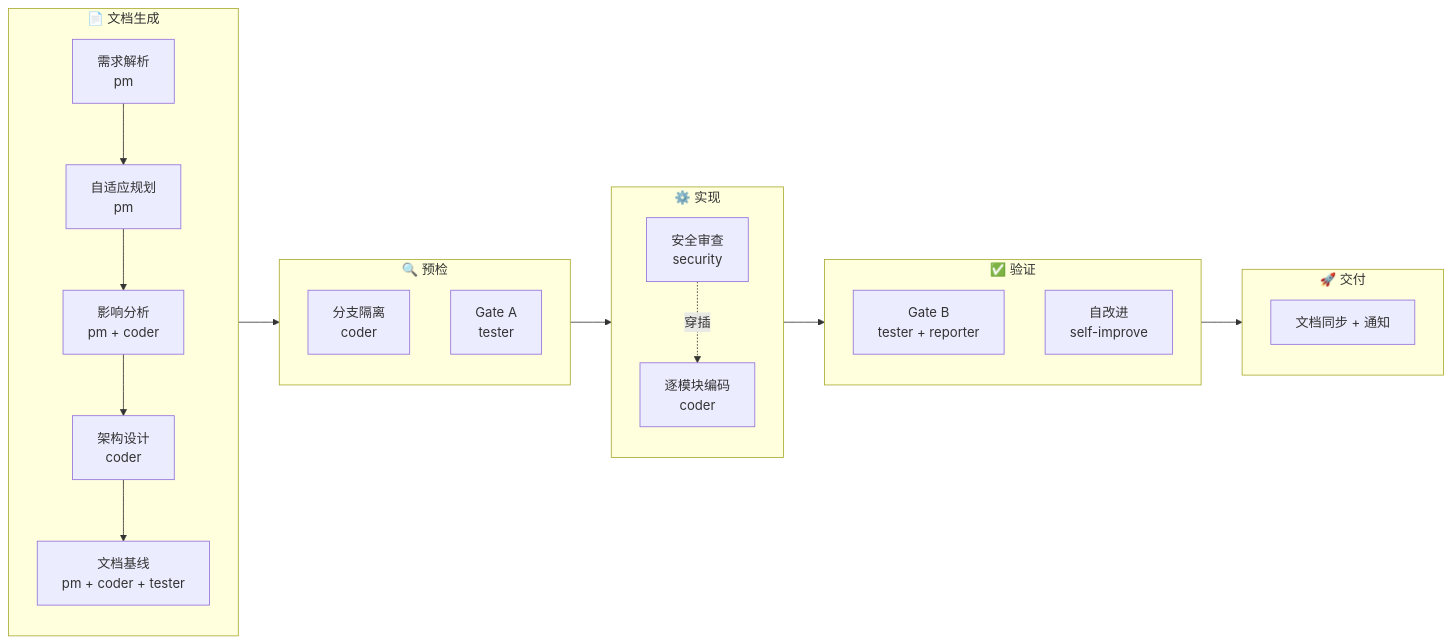
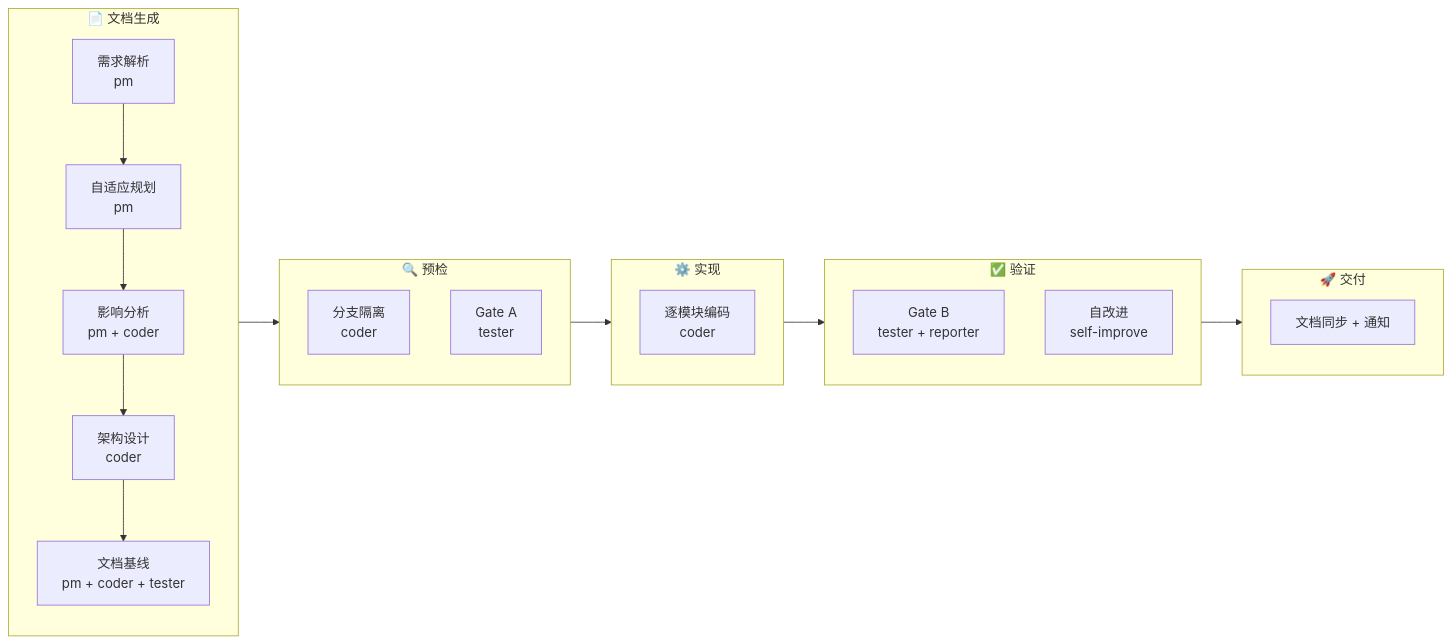
One commit to effiy/YrY changed the second of 7 diagrams in agents/AGENT.md. Above: the diagram before and after it, drawn with Mermaid. The commit also changed other lines of this file and 91 other files, not shown here.

````diff
--- a/agents/AGENT.md
+++ b/agents/AGENT.md
@@ -47,27 +42,25 @@
 ```mermaid
 flowchart LR
     subgraph 文档["📄 文档生成"]
         D1["需求解析<br/>pm"] --> D2["自适应规划<br/>pm"]
         D2 --> D3["影响分析<br/>pm + coder"]
         D3 --> D4["架构设计<br/>coder"]
         D4 --> D5["文档基线<br/>pm + coder + tester"]
     end
     subgraph 预检["🔍 预检"]
         P1["分支隔离<br/>coder"]
         P2["Gate A<br/>tester"]
     end
     subgraph 实现["⚙️ 实现"]
         I1["逐模块编码<br/>coder"]
-        I2["安全审查<br/>security"]
     end
     subgraph 验证["✅ 验证"]
         V1["Gate B<br/>tester + reporter"]
         V2["自改进<br/>self-improve"]
     end
     subgraph 交付["🚀 交付"]
         DL["文档同步 + 通知"]
     end
 
     文档 --> 预检 --> 实现 --> 验证 --> 交付
-    I2 -.穿插.-> I1
 ```
````
